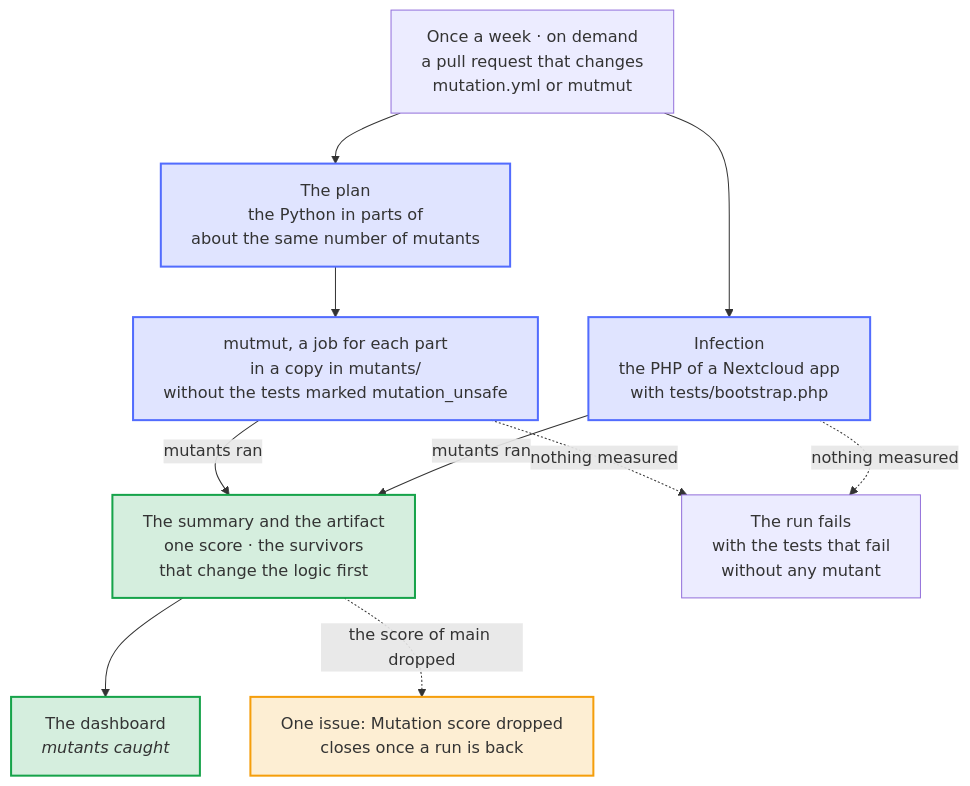
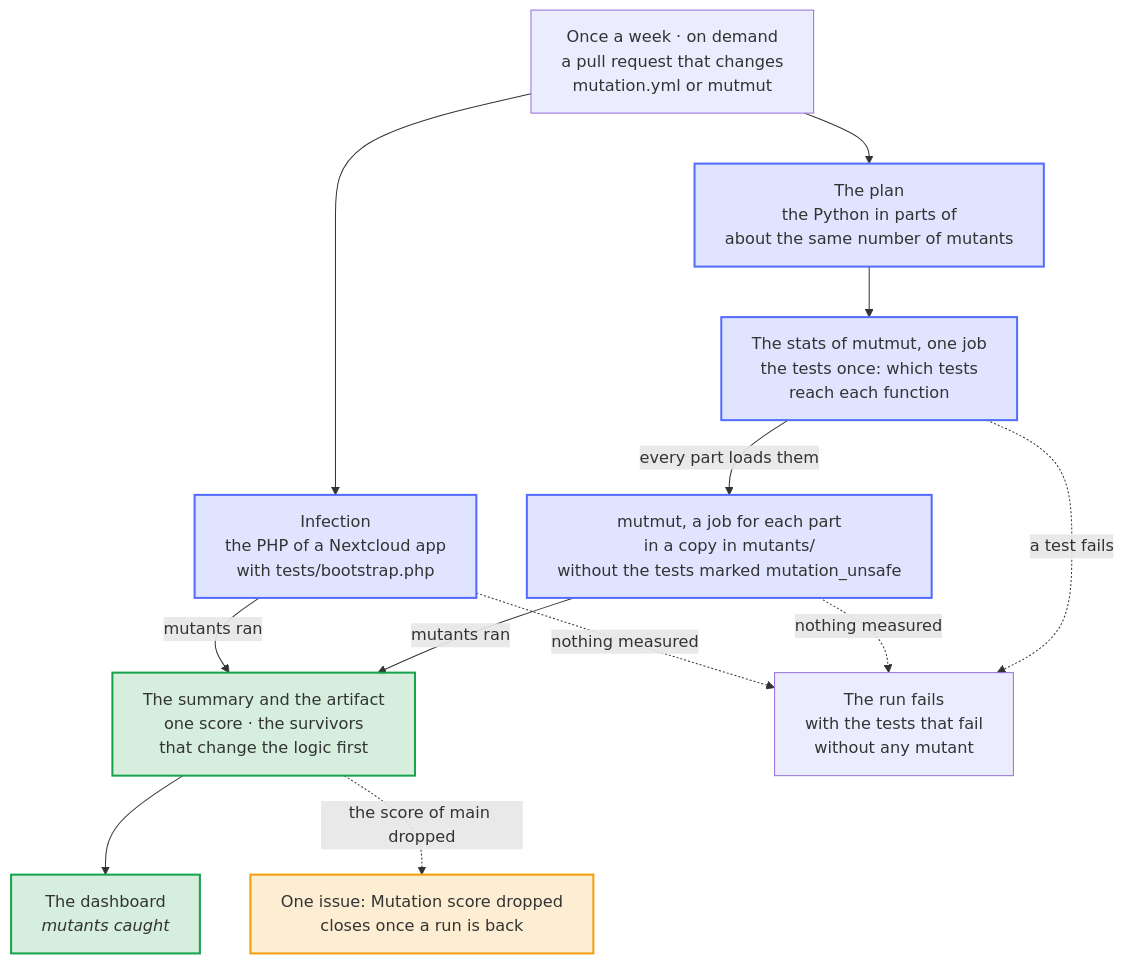
The diagram in docs/diagrams/how-the-mutation-tests-run.mmd (Dennis-Otto/repo-blueprint), drawn with Mermaid before and after one commit. The commit also changed 16 other files, not shown here.

Commit message:
perf(mutation): collect mutmut's stats once and share them with every part (#469)

```diff
--- a/docs/diagrams/how-the-mutation-tests-run.mmd
+++ b/docs/diagrams/how-the-mutation-tests-run.mmd
@@ -1,34 +1,37 @@
 ---
 config:
   flowchart:
     wrappingWidth: 400
 ---
 flowchart TB
     accTitle: How the mutation tests run
-    accDescr: Once a week, on demand, and for a pull request that changes how they run, the Mutation workflow runs the mutants. For Python, the plan splits the code into parts of about the same number of mutants, and mutmut runs each part in a job of its own, in a copy of the repository and without the tests marked mutation_unsafe; Infection changes the PHP of a Nextcloud app, with the bootstrap of its tests. The summary shows one score and first the survivors that change the logic, with their changes, the artifact keeps them and the dashboard shows the score. When the score of the default branch drops below that of the run before, one issue opens, which closes once a run is back. A run that measured nothing fails and names the tests that failed without any mutant.
+    accDescr: Once a week, on demand, and for a pull request that changes how they run, the Mutation workflow runs the mutants. For Python, the plan splits the code into parts of about the same number of mutants, a pull request tries a sample of them in one part, and one job runs the tests once to record which tests reach each function: the stats of mutmut, which every part loads. mutmut runs each part in a job of its own, in a copy of the repository and without the tests marked mutation_unsafe; Infection changes the PHP of a Nextcloud app, with the bootstrap of its tests. The summary shows one score and first the survivors that change the logic, with their changes, the artifact keeps them and the dashboard shows the score. When the score of the default branch drops below that of the run before, one issue opens, which closes once a run is back. A run that measured nothing fails and names the tests that failed without any mutant; when they fail in the stats, no part starts.
 
     start["Once a week · on demand<br>a pull request that changes<br>mutation.yml or mutmut"]
     plan["The plan<br>the Python in parts of<br>about the same number of mutants"]
+    stats["The stats of mutmut, one job<br>the tests once: which tests<br>reach each function"]
     python["mutmut, a job for each part<br>in a copy in mutants/<br>without the tests marked mutation_unsafe"]
     php["Infection<br>the PHP of a Nextcloud app<br>with tests/bootstrap.php"]
     score["The summary and the artifact<br>one score · the survivors<br>that change the logic first"]
     dashboard["`The dashboard<br>*mutants caught*`"]
     issue["One issue: Mutation score dropped<br>closes once a run is back"]
     fail["The run fails<br>with the tests that fail<br>without any mutant"]
 
     start --> plan
-    plan --> python
+    plan --> stats
+    stats -- "every part loads them" --> python
     start --> php
     python -- "mutants ran" --> score
     php -- "mutants ran" --> score
     score --> dashboard
     score -. "the score of main dropped" .-> issue
+    stats -. "a test fails" .-> fail
     python -. "nothing measured" .-> fail
     php -. "nothing measured" .-> fail
 
     classDef bot fill:#526cfe2e,stroke:#526cfe,stroke-width:2px
     classDef done fill:#16a34a2e,stroke:#16a34a,stroke-width:2px
     classDef person fill:#f59e0b2e,stroke:#f59e0b,stroke-width:2px
-    class plan,python,php bot
+    class plan,stats,python,php bot
     class score,dashboard done
     class issue person
```
